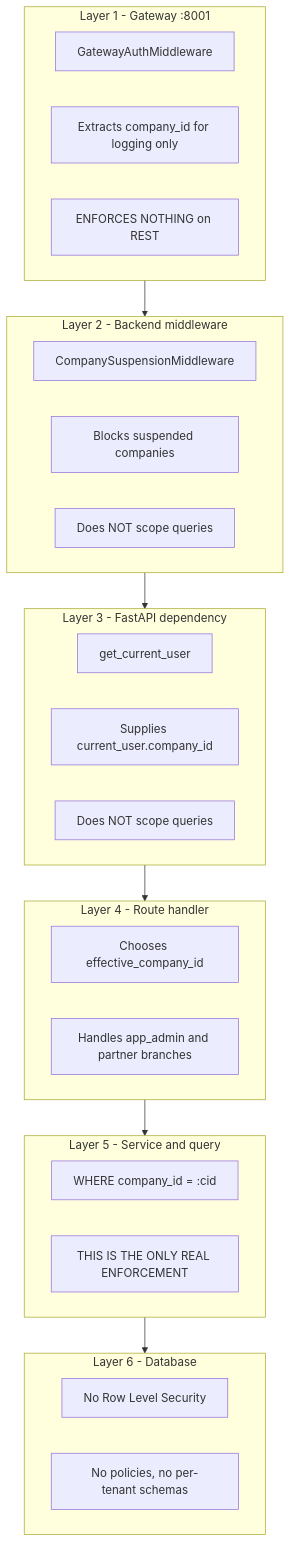
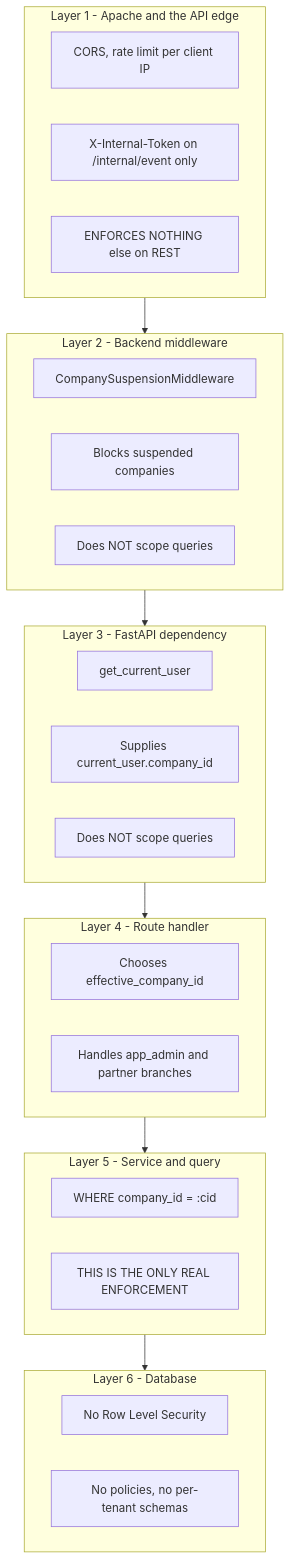
Before and after one commit to gondolerahul/hire-buddha-app: diagram 12 of 21 in docs/current/04-auth-rbac-tenancy.md, drawn with Mermaid. The commit also changed other lines of this file and 61 other files, not shown here.

````diff
--- a/docs/current/04-auth-rbac-tenancy.md
+++ b/docs/current/04-auth-rbac-tenancy.md
@@ -824,32 +824,32 @@
 ```mermaid
 graph TB
-    subgraph L1["Layer 1 - Gateway :8001"]
-        G1["GatewayAuthMiddleware"]
-        G2["Extracts company_id for logging only"]
-        G3["ENFORCES NOTHING on REST"]
+    subgraph L1["Layer 1 - Apache and the API edge"]
+        G1["CORS, rate limit per client IP"]
+        G2["X-Internal-Token on /internal/event only"]
+        G3["ENFORCES NOTHING else on REST"]
     end
     subgraph L2["Layer 2 - Backend middleware"]
         M1["CompanySuspensionMiddleware"]
         M2["Blocks suspended companies"]
         M3["Does NOT scope queries"]
     end
     subgraph L3["Layer 3 - FastAPI dependency"]
         D1["get_current_user"]
         D2["Supplies current_user.company_id"]
         D3["Does NOT scope queries"]
     end
     subgraph L4["Layer 4 - Route handler"]
         H1["Chooses effective_company_id"]
         H2["Handles app_admin and partner branches"]
     end
     subgraph L5["Layer 5 - Service and query"]
         S1["WHERE company_id = :cid"]
         S2["THIS IS THE ONLY REAL ENFORCEMENT"]
     end
     subgraph L6["Layer 6 - Database"]
         DB1["No Row Level Security"]
         DB2["No policies, no per-tenant schemas"]
     end
 
     L1 --> L2 --> L3 --> L4 --> L5 --> L6
 ```
````
